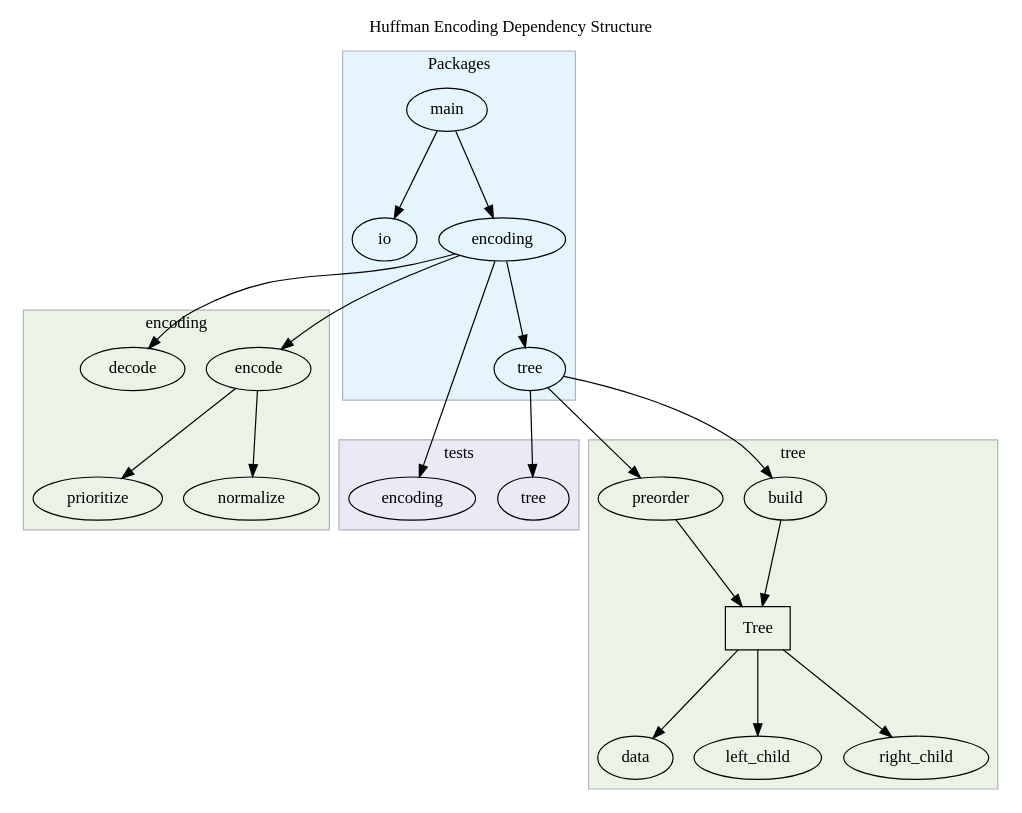
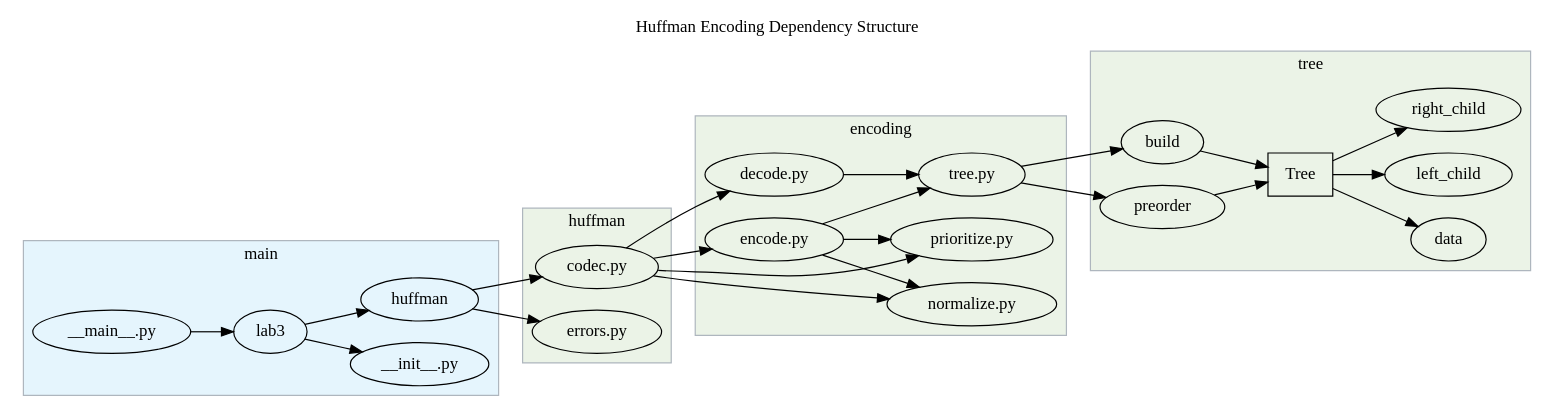
One commit to jllovet/jhu-en-605-202-su26-data-structures changed the diagram in lab-3/packages.dot. Above: the diagram before and after it, drawn with Graphviz. The commit also changed 22 other files, not shown here.

```diff
--- a/lab-3/packages.dot
+++ b/lab-3/packages.dot
@@ -1,81 +1,87 @@
 digraph G {
-    rankdir="TB"
+    rankdir="LR"
     ratio=auto
-    ranksep=1
+    ranksep=auto
     splines=true
 
     label="Huffman Encoding Dependency Structure"
     labelloc="t"
 
     // Nodes
-    subgraph cluster_packages {
-        label="Packages"
+    subgraph cluster_main {
+        label="main"
         style=rounded
         style=filled
         pencolor="#AEB6BE"
         bgcolor="#E5F5FD"
-        main [label="main"]
-        io [label="io"]
-        tree [label="tree"]
-        encoding [label="encoding"]
+        lab3 [label="lab3"]
+        main [label="__main__.py"]
+        lab3_init [label="__init__.py"]
+        huffman [label="huffman"]
 
-        main -> io
-        main -> encoding
-        encoding -> tree
+        lab3 -> lab3_init
+        main -> lab3
+        lab3 -> huffman
     }
 
-    subgraph cluster_tests {
-        label="tests"
+    subgraph cluster_huffman {
+        label="huffman"
         style=rounded
         style=filled
         pencolor="#AEB6BE"
-        bgcolor="#ECE8F6"
-        tests_encoding [label="encoding"]
-        tests_tree [label="tree"]
+        bgcolor="#EBF3E7"
+        codec [label="codec.py"]
+        errors [label="errors.py"]
     }
 
     subgraph cluster_encoding {
         label="encoding"
         style=rounded
         style=filled
         pencolor="#AEB6BE"
         bgcolor="#EBF3E7"
-        encode [label="encode"]
-        decode [label="decode"]
-        prioritize [label="prioritize"]
-        normalize [label="normalize"]
+        encode [label="encode.py"]
+        decode [label="decode.py"]
+        prioritize [label="prioritize.py"]
+        normalize [label="normalize.py"]
+        tree [label="tree.py"]
         encode -> normalize
         encode -> prioritize
     }
     
     subgraph cluster_tree {
         label="tree"
         style=rounded
         style=filled
         pencolor="#AEB6BE"
         bgcolor="#EBF3E7"
         Tree [label="Tree" shape=rectangle]
         build [label="build"]
         preorder [label="preorder"]
         data [label="data"]
         left_child [label="left_child"]
         right_child [label="right_child"]
         Tree -> {
             data
             left_child
             right_child
         }
         build -> Tree
         preorder -> Tree
     }
 
-    encoding -> encode
-    encoding -> decode
+    huffman -> codec
+    huffman -> errors
+
+    codec -> encode
+    codec -> decode
+    codec -> prioritize
+    codec -> normalize
+
+    encode -> tree
+    decode -> tree
     
     tree -> preorder
     tree -> build
 
-    encoding -> tests_encoding
-    tree -> tests_tree
-
 }
```
